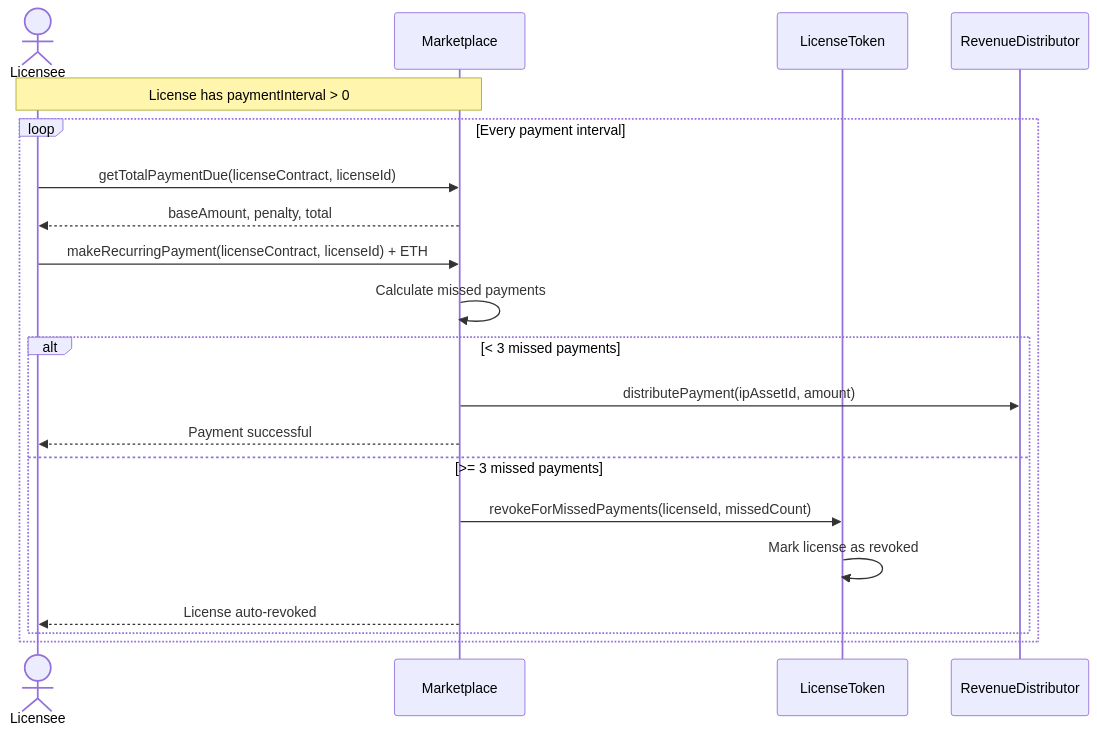
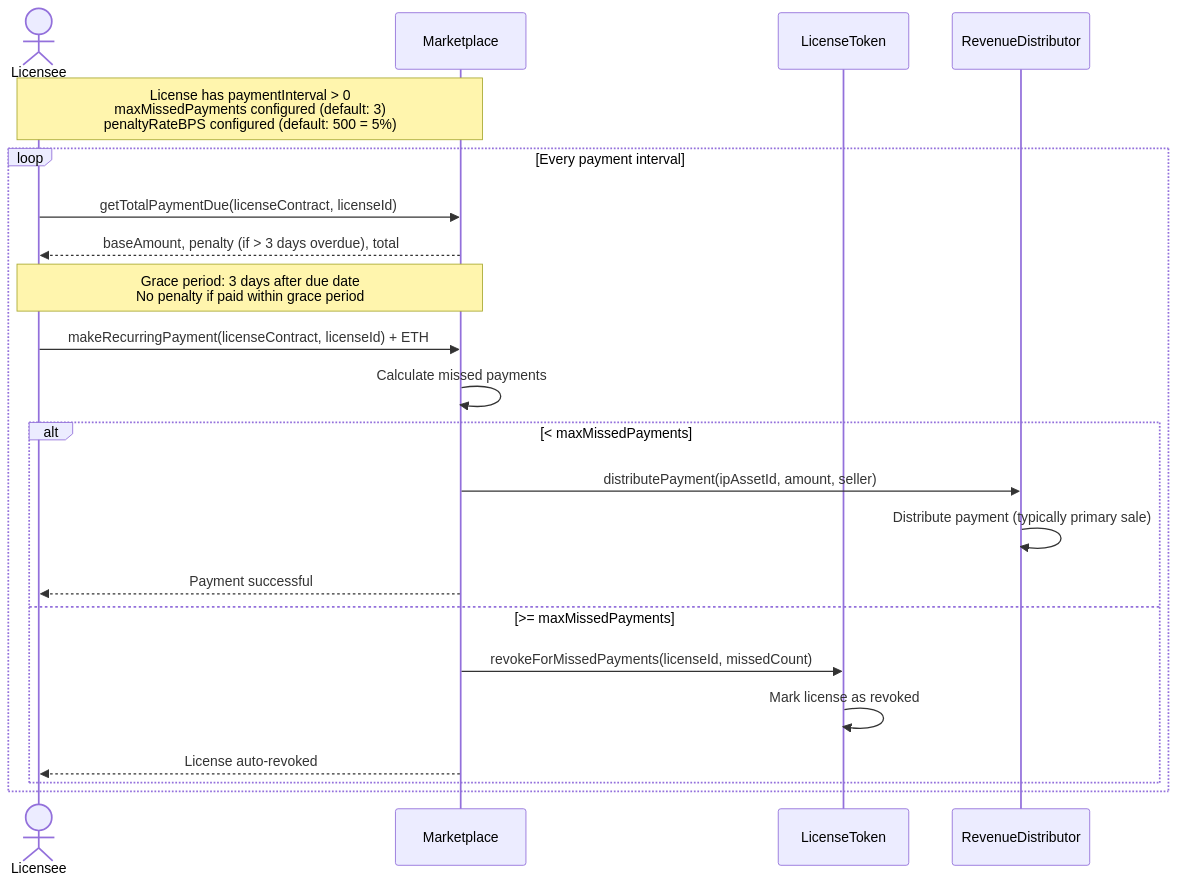
One commit to nomadbitcoin/softlaw-marketplace-contracts changed the fourth of 6 diagrams in docs/src/architecture/user-flows.md. Above: the diagram before and after it, drawn with Mermaid. The commit also changed other lines of this file and 21 other files, not shown here.

````diff
--- a/docs/src/architecture/user-flows.md
+++ b/docs/src/architecture/user-flows.md
@@ -87,26 +91,29 @@
 ```mermaid
 sequenceDiagram
     actor Licensee
     participant MP as Marketplace
     participant LT as LicenseToken
     participant RD as RevenueDistributor
 
-    Note over Licensee,MP: License has paymentInterval > 0
+    Note over Licensee,MP: License has paymentInterval > 0<br/>maxMissedPayments configured (default: 3)<br/>penaltyRateBPS configured (default: 500 = 5%)
 
     loop Every payment interval
         Licensee->>MP: getTotalPaymentDue(licenseContract, licenseId)
-        MP-->>Licensee: baseAmount, penalty, total
+        MP-->>Licensee: baseAmount, penalty (if > 3 days overdue), total
+
+        Note over Licensee,MP: Grace period: 3 days after due date<br/>No penalty if paid within grace period
 
         Licensee->>MP: makeRecurringPayment(licenseContract, licenseId) + ETH
         MP->>MP: Calculate missed payments
 
-        alt < 3 missed payments
-            MP->>RD: distributePayment(ipAssetId, amount)
+        alt < maxMissedPayments
+            MP->>RD: distributePayment(ipAssetId, amount, seller)
+            RD->>RD: Distribute payment (typically primary sale)
             MP-->>Licensee: Payment successful
-        else >= 3 missed payments
+        else >= maxMissedPayments
             MP->>LT: revokeForMissedPayments(licenseId, missedCount)
             LT->>LT: Mark license as revoked
             MP-->>Licensee: License auto-revoked
         end
     end
 ```
````
